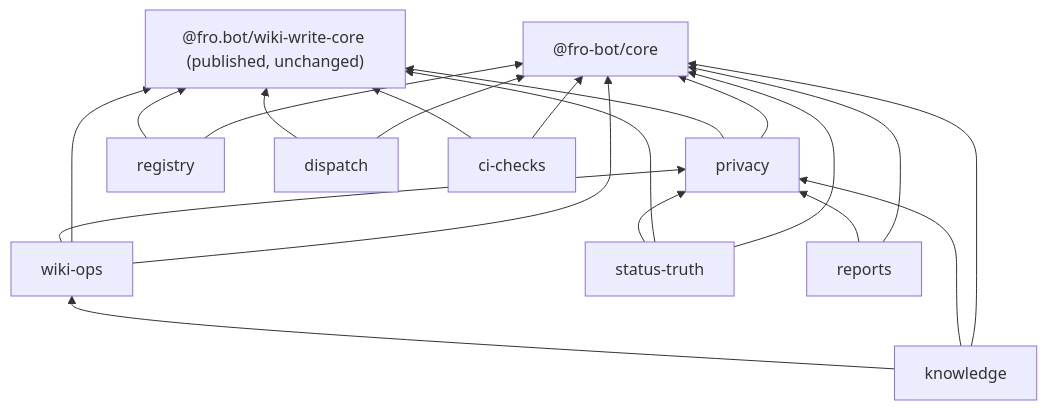
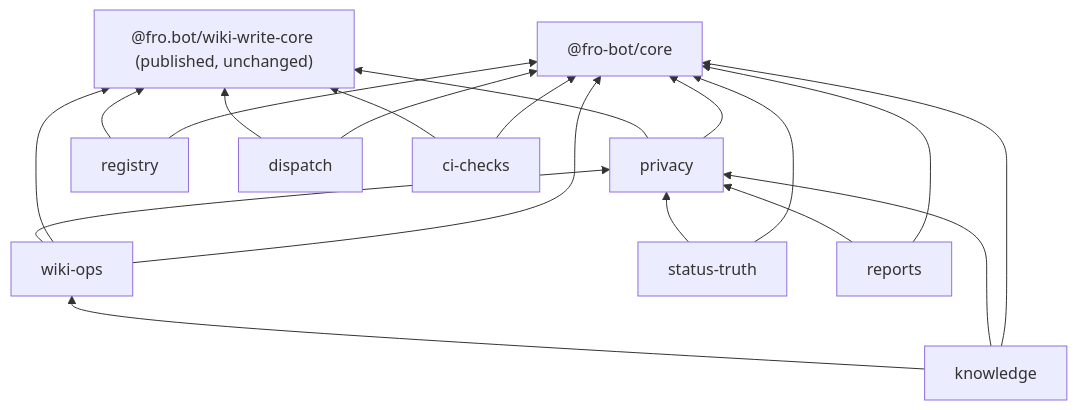
One commit to fro-bot/.github changed the diagram in docs/plans/2026-10-24-001-refactor-scripts-workspace-packages-plan.md. Above: the diagram before and after it, drawn with Mermaid. The commit also changed other lines of this file and 47 other files, not shown here.

Commit message:
refactor: move the status-truth scripts into @fro-bot/status-truth (#4097)

````diff
--- a/docs/plans/2026-10-24-001-refactor-scripts-workspace-packages-plan.md
+++ b/docs/plans/2026-10-24-001-refactor-scripts-workspace-packages-plan.md
@@ -327,13 +327,13 @@
 ```mermaid
 flowchart BT
   core["@fro-bot/core"]
   wwc["@fro.bot/wiki-write-core (published, unchanged)"]
   privacy --> core & wwc
   registry --> core & wwc
   dispatch --> core & wwc
   wikiops["wiki-ops"] --> core & wwc & privacy
-  statustruth["status-truth"] --> core & wwc & privacy
+  statustruth["status-truth"] --> core & privacy
   knowledge --> core & privacy & wikiops
   reports --> core & privacy
   cichecks["ci-checks"] --> core & wwc
 ```
````
